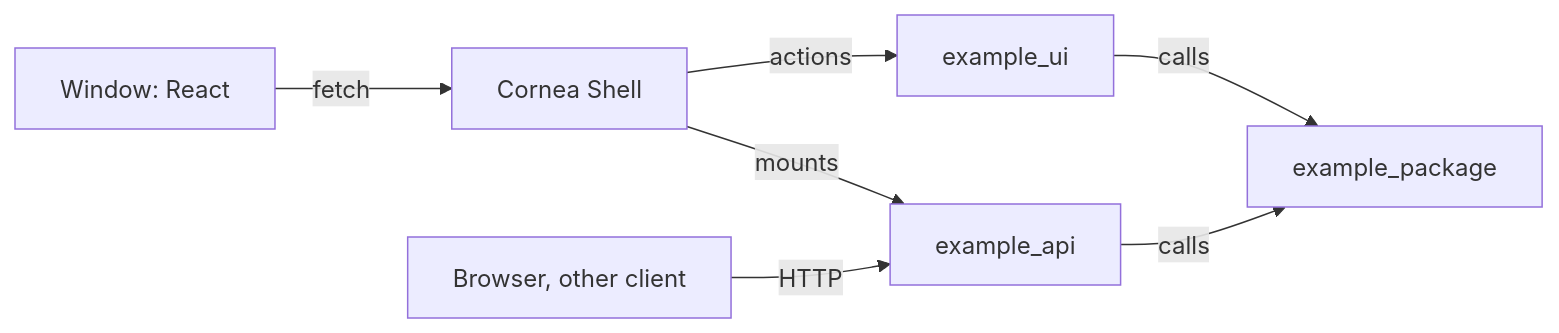
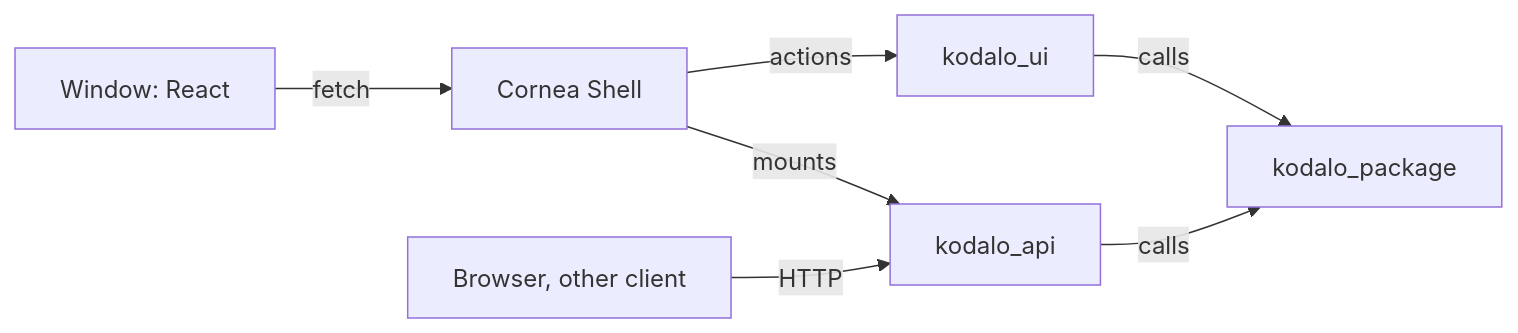
The third of 3 diagrams in docs/architecture.md (coldsofttech/Kodalo), drawn with Mermaid before and after one commit. The commit also changed other lines of this file and 93 other files, not shown here.

````diff
--- a/docs/architecture.md
+++ b/docs/architecture.md
@@ -62,9 +62,9 @@
 ```mermaid
 flowchart LR
     W[Window: React] -->|fetch| S[Cornea Shell]
-    S -->|mounts| A[example_api]
-    S -->|actions| U[example_ui]
+    S -->|mounts| A[kodalo_api]
+    S -->|actions| U[kodalo_ui]
     B[Browser, other client] -->|HTTP| A
-    A -->|calls| L[example_package]
+    A -->|calls| L[kodalo_package]
     U -->|calls| L
 ```
````
